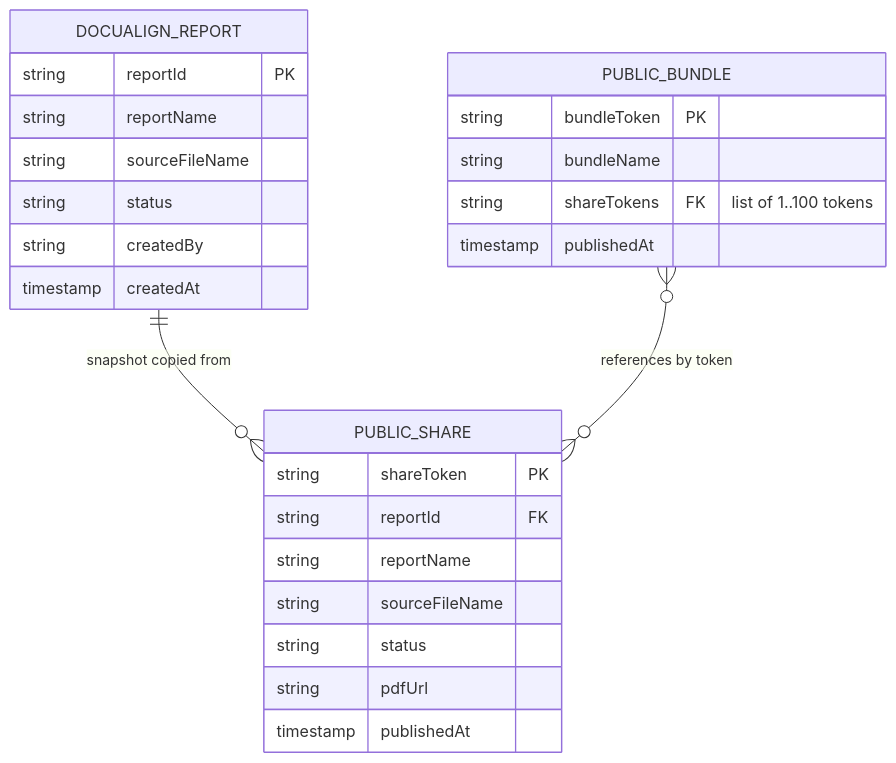
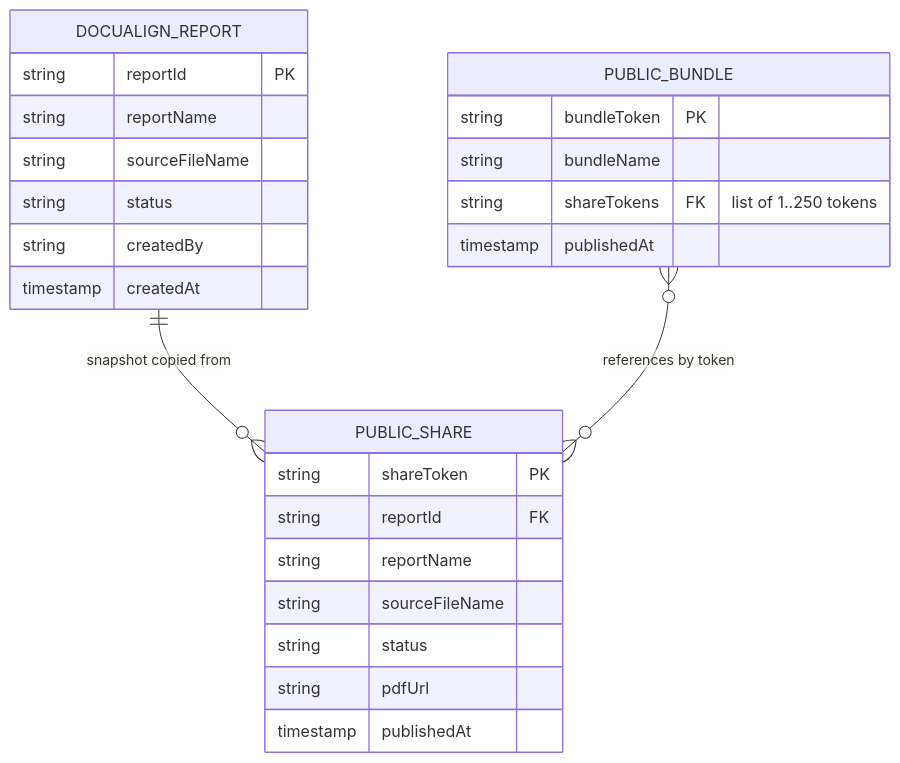
One commit to Yanguangchen/DocuAlign changed the fifth of 6 diagrams in documentation/project-guide.md. Above: the diagram before and after it, drawn with Mermaid. The commit also changed other lines of this file and 8 other files, not shown here.

````diff
--- a/documentation/project-guide.md
+++ b/documentation/project-guide.md
@@ -352,31 +352,31 @@
 ```mermaid
 erDiagram
     DOCUALIGN_REPORT {
         string reportId PK
         string reportName
         string sourceFileName
         string status
         string createdBy
         timestamp createdAt
     }
 
     PUBLIC_SHARE {
         string shareToken PK
         string reportId FK
         string reportName
         string sourceFileName
         string status
         string pdfUrl
         timestamp publishedAt
     }
 
     PUBLIC_BUNDLE {
         string bundleToken PK
         string bundleName
-        string shareTokens FK "list of 1..100 tokens"
+        string shareTokens FK "list of 1..250 tokens"
         timestamp publishedAt
     }
 
     DOCUALIGN_REPORT ||--o{ PUBLIC_SHARE : "snapshot copied from"
     PUBLIC_BUNDLE }o--o{ PUBLIC_SHARE : "references by token"
 ```
````
